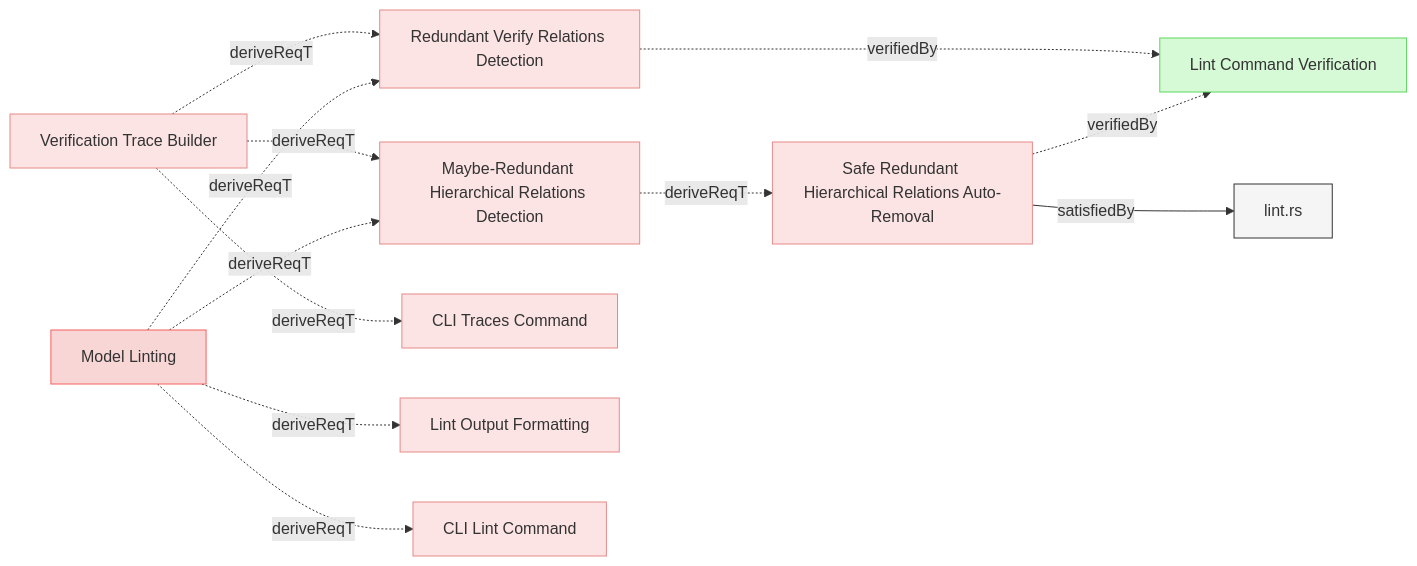
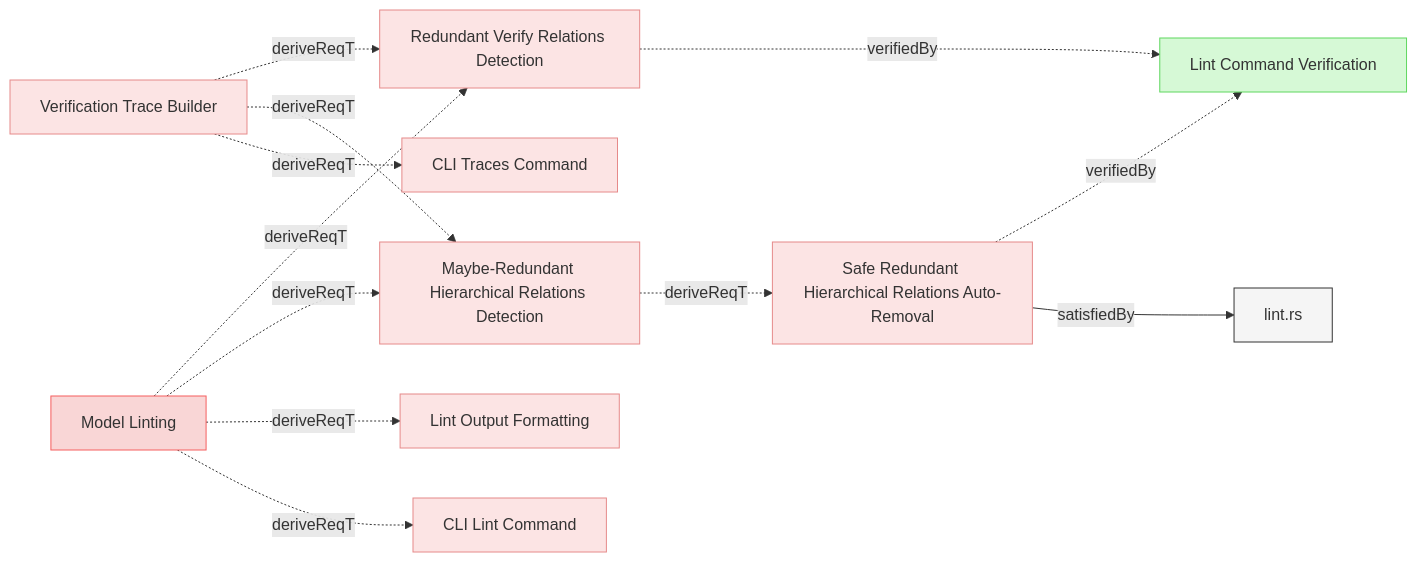
One commit to reqvire-org/reqvire changed the first of 2 diagrams in specifications/ReqvireTool/ValidationAndReporting/Lint.md. Above: the diagram before and after it, drawn with Mermaid. The commit also changed other lines of this file and 45 other files, not shown here.

````diff
--- a/specifications/ReqvireTool/ValidationAndReporting/Lint.md
+++ b/specifications/ReqvireTool/ValidationAndReporting/Lint.md
@@ -4,51 +4,51 @@
 ```mermaid
 graph LR;
   %% REQVIRE-AUTOGENERATED-DIAGRAM
   %% Graph styling
   classDef userRequirement fill:#f9d6d6,stroke:#f55f5f,stroke-width:1px;
   classDef systemRequirement fill:#fce4e4,stroke:#e68a8a,stroke-width:1px;
   classDef verification fill:#d6f9d6,stroke:#5fd75f,stroke-width:1px;
   classDef default fill:#f5f5f5,stroke:#333333,stroke-width:1px;
 
+  345c1bb921bc8a5["Maybe-Redundant Hierarchical Relations Detection"];
+  class 345c1bb921bc8a5 systemRequirement;
+  click 345c1bb921bc8a5 "Lint.md#maybe-redundant-hierarchical-relations-detection";
+  e64af7bdc80d458e["Safe Redundant Hierarchical Relations Auto-Removal"];
+  class e64af7bdc80d458e systemRequirement;
+  click e64af7bdc80d458e "Lint.md#safe-redundant-hierarchical-relations-auto-removal";
+  345c1bb921bc8a5 -.->|deriveReqT| e64af7bdc80d458e;
   4517ba9864214f8f["Redundant Verify Relations Detection"];
   class 4517ba9864214f8f systemRequirement;
   click 4517ba9864214f8f "Lint.md#redundant-verify-relations-detection";
   1e055437d952f703["Lint Command Verification"];
   class 1e055437d952f703 verification;
   click 1e055437d952f703 "../../Verifications/Misc.md#lint-command-verification";
   4517ba9864214f8f -.->|verifiedBy| 1e055437d952f703;
-  e64af7bdc80d458e["Safe Redundant Hierarchical Relations Auto-Removal"];
-  class e64af7bdc80d458e systemRequirement;
-  click e64af7bdc80d458e "Lint.md#safe-redundant-hierarchical-relations-auto-removal";
   a9b6f3acdf104ea5["lint.rs"];
   class a9b6f3acdf104ea5 default;
   click a9b6f3acdf104ea5 "../../../core/src/lint.rs";
   e64af7bdc80d458e -->|satisfiedBy| a9b6f3acdf104ea5;
   e64af7bdc80d458e -.->|verifiedBy| 1e055437d952f703;
-  345c1bb921bc8a5["Maybe-Redundant Hierarchical Relations Detection"];
-  class 345c1bb921bc8a5 systemRequirement;
-  click 345c1bb921bc8a5 "Lint.md#maybe-redundant-hierarchical-relations-detection";
-  345c1bb921bc8a5 -.->|deriveReqT| e64af7bdc80d458e;
   b93eaa92690c6c43["Verification Trace Builder"];
   class b93eaa92690c6c43 systemRequirement;
   click b93eaa92690c6c43 "../ModelManagement/TraceabilityMatrix.md#verification-trace-builder";
   7d29669df287de3a["CLI Traces Command"];
   class 7d29669df287de3a systemRequirement;
   click 7d29669df287de3a "../UserInterface/CLI.md#cli-traces-command";
   b93eaa92690c6c43 -.->|deriveReqT| 7d29669df287de3a;
+  b93eaa92690c6c43 -.->|deriveReqT| 345c1bb921bc8a5;
   b93eaa92690c6c43 -.->|deriveReqT| 4517ba9864214f8f;
-  b93eaa92690c6c43 -.->|deriveReqT| 345c1bb921bc8a5;
   7305c1d6f7f1e2b2["Model Linting"];
   class 7305c1d6f7f1e2b2 userRequirement;
   click 7305c1d6f7f1e2b2 "../../UserRequirements.md#model-linting";
+  5cf5c9e2e5f6f00d["CLI Lint Command"];
+  class 5cf5c9e2e5f6f00d systemRequirement;
+  click 5cf5c9e2e5f6f00d "../UserInterface/CLI.md#cli-lint-command";
+  7305c1d6f7f1e2b2 -.->|deriveReqT| 5cf5c9e2e5f6f00d;
   c17206ef87710036["Lint Output Formatting"];
   class c17206ef87710036 systemRequirement;
   click c17206ef87710036 "Lint.md#lint-output-formatting";
   7305c1d6f7f1e2b2 -.->|deriveReqT| c17206ef87710036;
+  7305c1d6f7f1e2b2 -.->|deriveReqT| 345c1bb921bc8a5;
   7305c1d6f7f1e2b2 -.->|deriveReqT| 4517ba9864214f8f;
-  7305c1d6f7f1e2b2 -.->|deriveReqT| 345c1bb921bc8a5;
-  5cf5c9e2e5f6f00d["CLI Lint Command"];
-  class 5cf5c9e2e5f6f00d systemRequirement;
-  click 5cf5c9e2e5f6f00d "../UserInterface/CLI.md#cli-lint-command";
-  7305c1d6f7f1e2b2 -.->|deriveReqT| 5cf5c9e2e5f6f00d;
 ```
````
